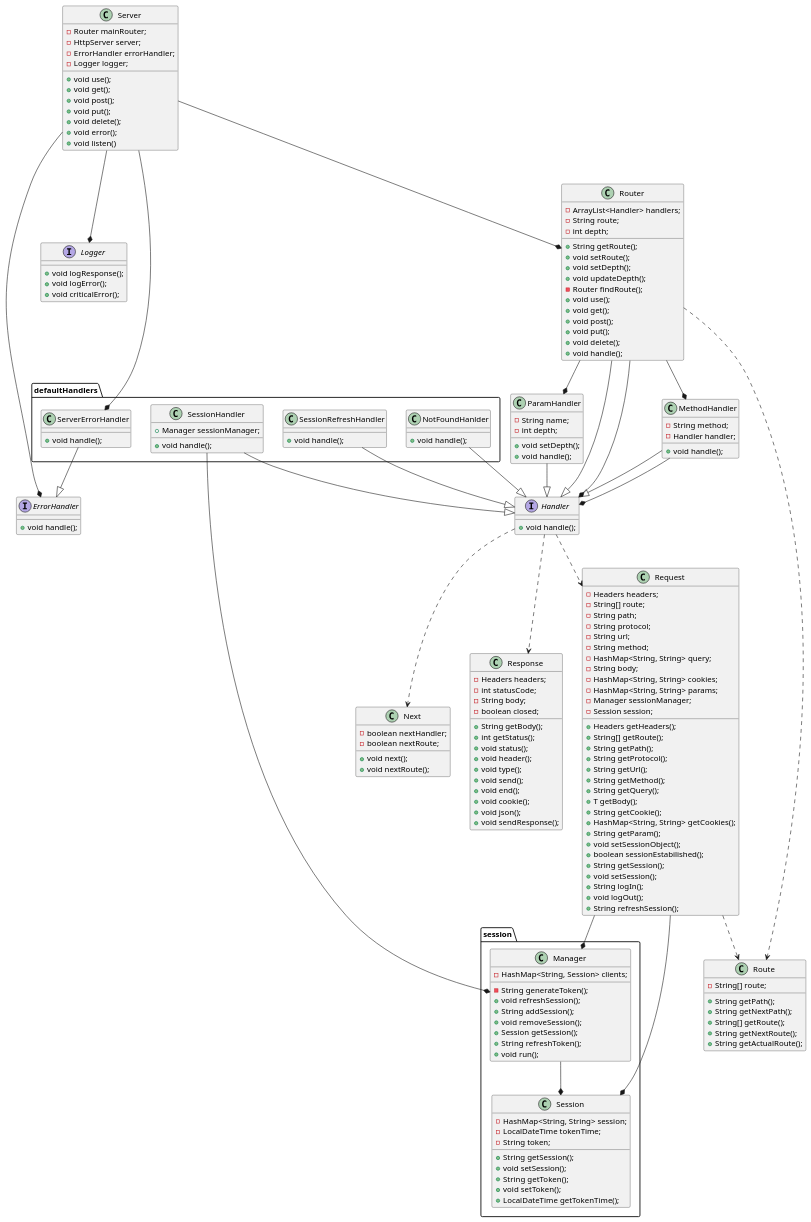
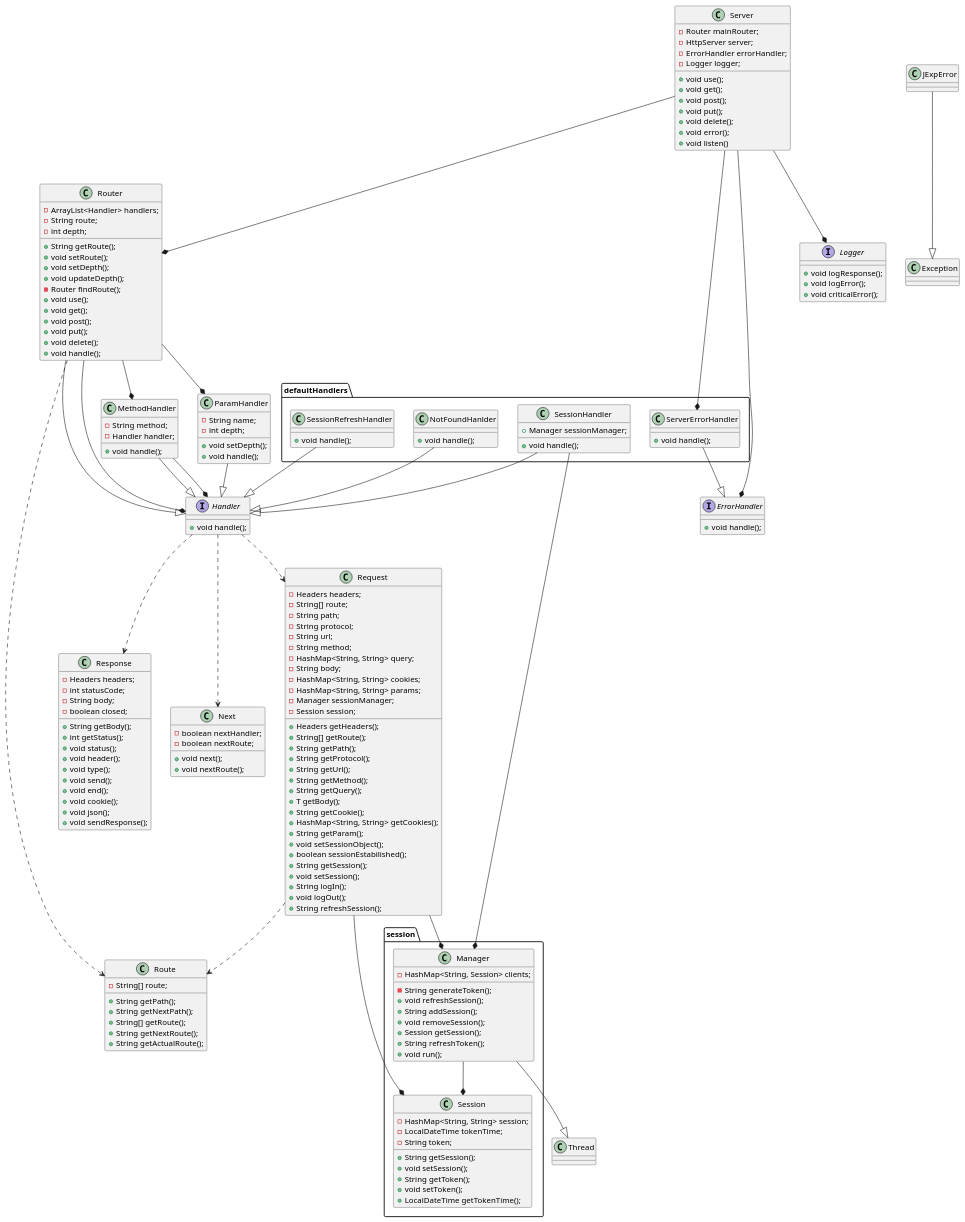
The diagram in docs/jexp.md (Mac14101/po2025), drawn with PlantUML before and after one commit. The commit also changed 1 other file, not shown here.

Commit message:
docs: Poprawa diagramów UML w modułach

````diff
--- a/docs/jexp.md
+++ b/docs/jexp.md
@@ -58,5 +58,11 @@
 ```plantuml
 @startuml
+class Thread{
+}
+class Exception{
+}
+class JExpError{
+}
 class Request{
     - Headers headers;
     - String[] route;
@@ -207,6 +213,7 @@
     + void handle();
 }
 }
+JExpError--|>Exception
 Handler..>Request
 Handler..>Response
 Handler..>Next
@@ -222,6 +229,7 @@
 Server--*ErrorHandler
 Server--*Logger
 Server--*Router
+Manager--|>Thread
 Manager--*Session
 Request--*Manager
 Request--*Session
````
